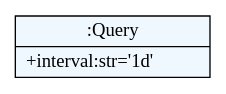
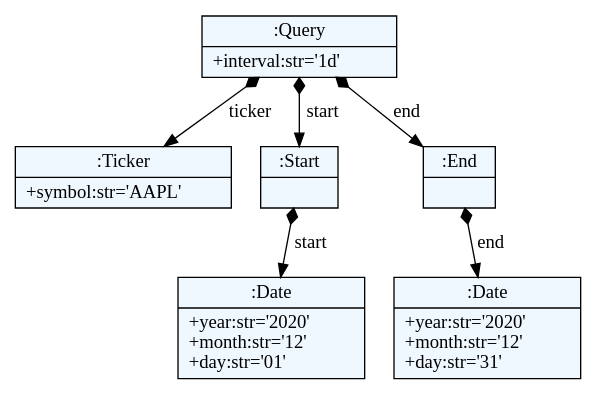
The diagram in scraper/dotexport/scraper_model.dot (DusanStevic/textx-lang-quant), drawn with Graphviz before and after one commit. The commit also changed 9 other files, not shown here.

```diff
--- a/scraper/dotexport/scraper_model.dot
+++ b/scraper/dotexport/scraper_model.dot
@@ -1,16 +1,26 @@
 
     digraph textX {
     fontname = "Bitstream Vera Sans"
     fontsize = 8
     node[
         shape=record,
         style=filled,
         fillcolor=aliceblue
     ]
     nodesep = 0.3
     edge[dir=black,arrowtail=empty]
 
 
-57484568[label="{:Query|+interval:str='1d'\l}"]
+49657392 -> 58186720 [label="ticker" arrowtail=diamond dir=both]
+58186720[label="{:Ticker|+symbol:str='AAPL'\l}"]
+49657392 -> 58187168 [label="start" arrowtail=diamond dir=both]
+58187168 -> 58187280 [label="start" arrowtail=diamond dir=both]
+58187280[label="{:Date|+year:str='2020'\l+month:str='12'\l+day:str='01'\l}"]
+58187168[label="{:Start|}"]
+49657392 -> 50450616 [label="end" arrowtail=diamond dir=both]
+50450616 -> 58187336 [label="end" arrowtail=diamond dir=both]
+58187336[label="{:Date|+year:str='2020'\l+month:str='12'\l+day:str='31'\l}"]
+50450616[label="{:End|}"]
+49657392[label="{:Query|+interval:str='1d'\l}"]
 
 }
```
